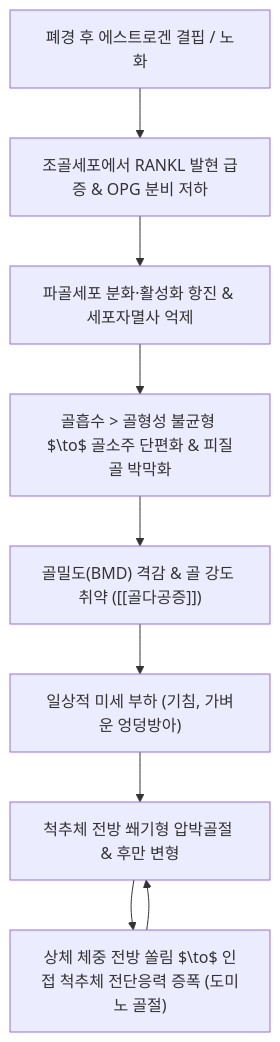
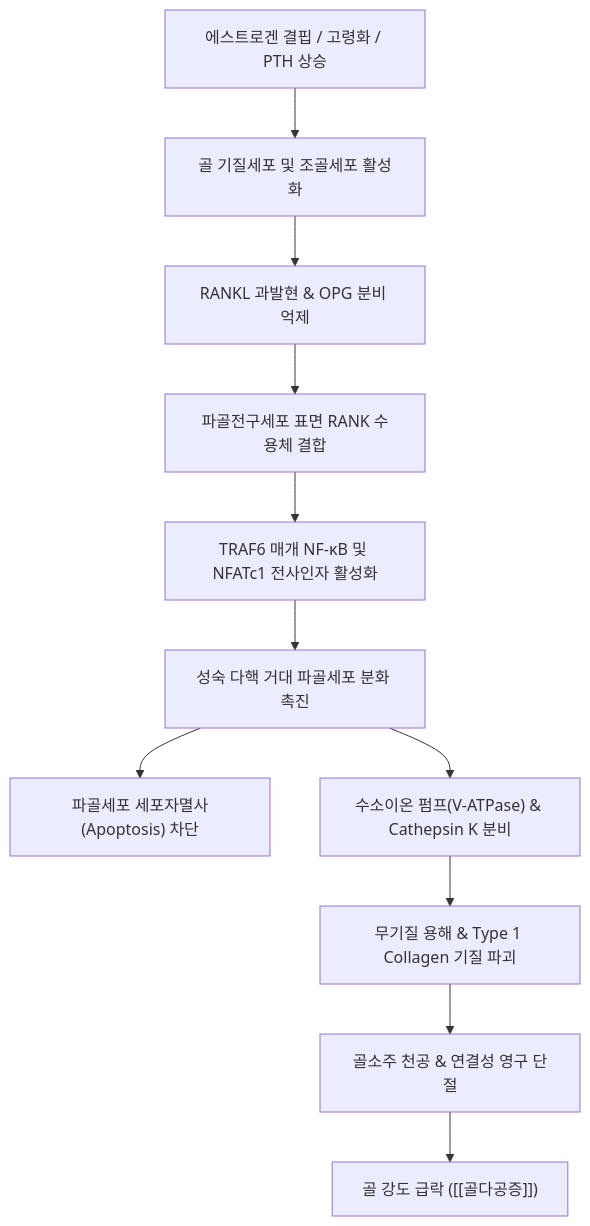
The diagram in content/3. 이론 공부/질환/근골격계 질환/기타/골다공증.md (simbio11/simbio-digital-garden2), drawn with Mermaid before and after one commit. The commit also changed other lines of this file and 147 other files, not shown here.

````diff
--- a/content/3. 이론 공부/질환/근골격계 질환/기타/골다공증.md
+++ b/content/3. 이론 공부/질환/근골격계 질환/기타/골다공증.md
@@ -66,11 +130,17 @@
 ```mermaid
 graph TD
-    EstrogenDef["폐경 후 에스트로겐 결핍 / 노화"] --> RanklUp["조골세포에서 RANKL 발현 급증 & OPG 분비 저하"]
-    RanklUp --> OsteoclastAct["파골세포 분화·활성화 항진 & 세포자멸사 억제"]
-    OsteoclastAct --> BoneResorption["골흡수 > 골형성 불균형 $\to$ 골소주 단편화 & 피질골 박막화"]
-    BoneResorption --> Fragility["골밀도(BMD) 격감 & 골 강도 취약 ([[골다공증]])"]
-    Fragility --> MinorTrauma["일상적 미세 부하 (기침, 가벼운 엉덩방아)"]
-    MinorTrauma --> CompressionFx["척추체 전방 쐐기형 압박골절 & 후만 변형"]
-    CompressionFx --> BiomechLoad["상체 체중 전방 쏠림 $\to$ 인접 척추체 전단응력 증폭 (도미노 골절)"]
-    BiomechLoad --> CompressionFx
+    EstrogenDef["에스트로겐 결핍 / 고령화 / PTH 상승"] --> StromalStim["골 기질세포 및 조골세포 활성화"]
+    StromalStim --> RanklOver["RANKL 과발현 & OPG 분비 억제"]
+    
+    RanklOver --> RankBinding["파골전구세포 표면 RANK 수용체 결합"]
+    RankBinding --> Nfatc1Act["TRAF6 매개 NF-κB 및 NFATc1 전사인자 활성화"]
+    
+    Nfatc1Act --> MatureOsteoclast["성숙 다핵 거대 파골세포 분화 촉진"]
+    MatureOsteoclast --> ApoptosisInhibit["파골세포 세포자멸사(Apoptosis) 차단"]
+    
+    MatureOsteoclast --> H_Pump["수소이온 펌프(V-ATPase) & Cathepsin K 분비"]
+    H_Pump --> ResorptionCrater["무기질 용해 & Type 1 Collagen 기질 파괴"]
+    
+    ResorptionCrater --> TrabecularPerforate["골소주 천공 & 연결성 영구 단절"]
+    TrabecularPerforate --> SevereFragility["골 강도 급락 ([[골다공증]])"]
 ```
````
